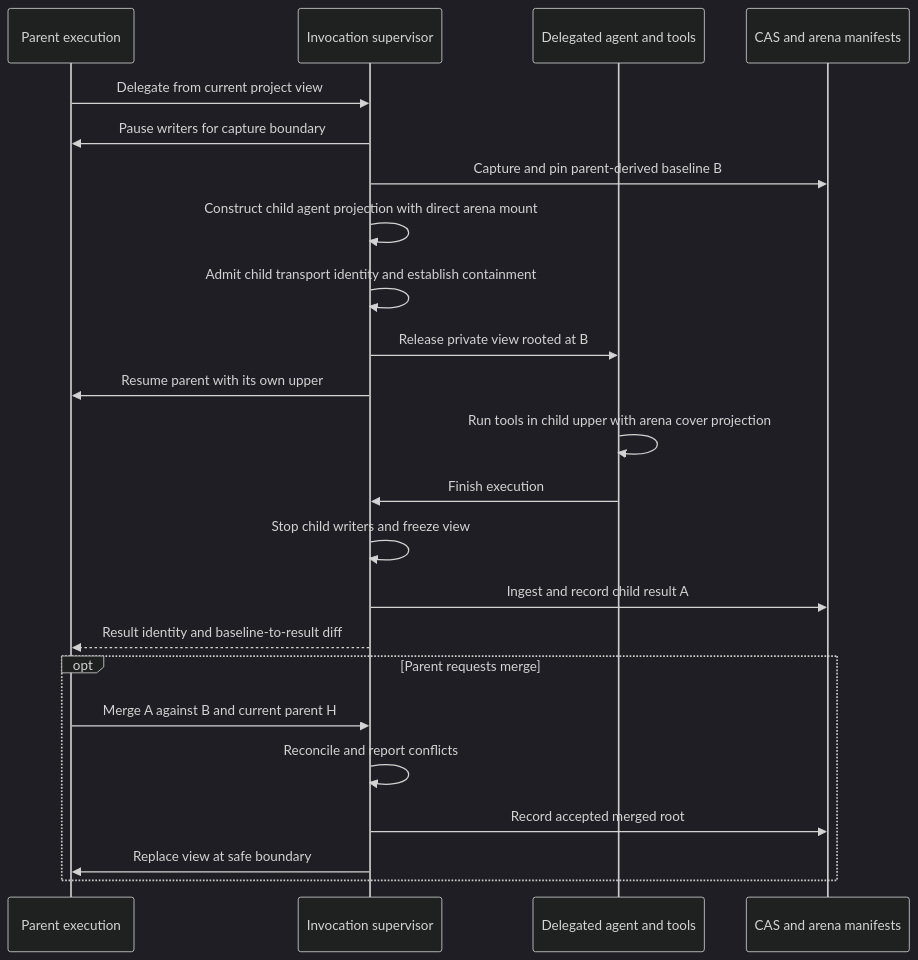
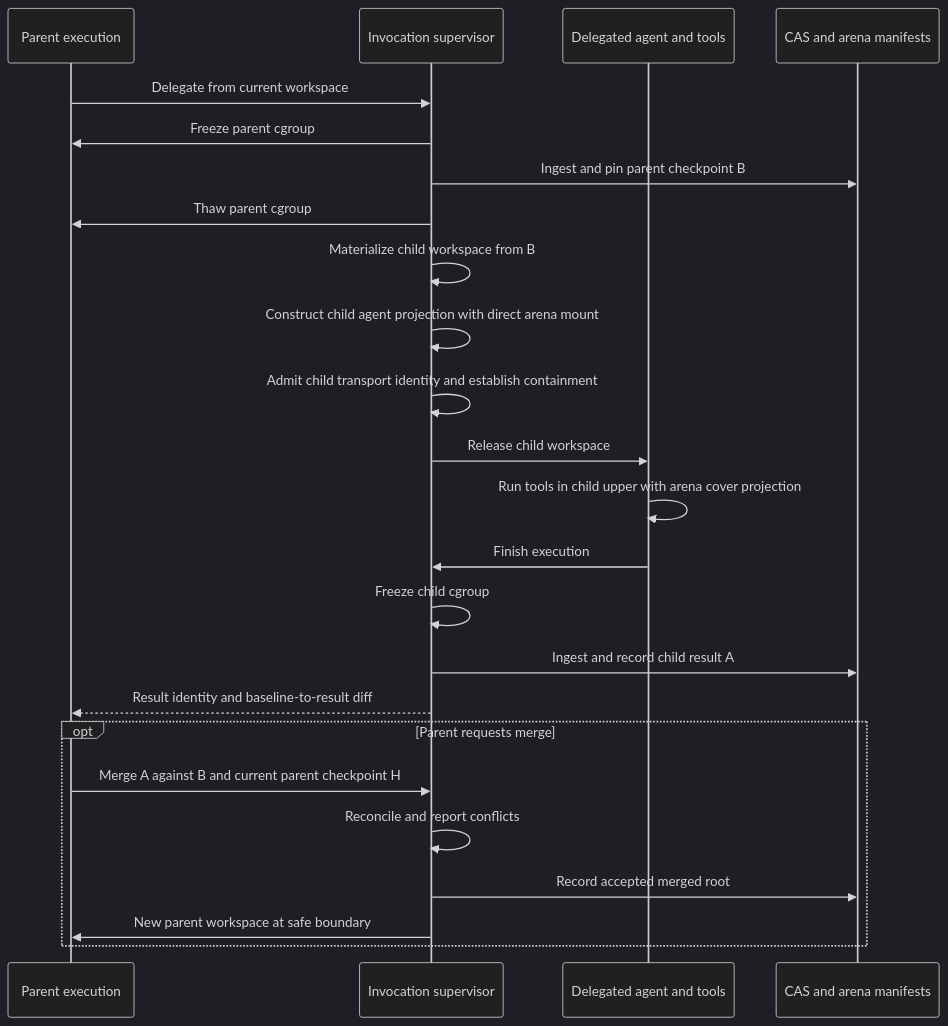
The seventh of 13 diagrams in doc/agent-filesystem-views-sdd.md (pantoniou/fyai), drawn with Mermaid (dark theme) before and after one commit. The commit also changed other lines of this file, not shown here.

First line of the commit message:
docs: restate the view lifecycle around managed roots

````diff
--- a/doc/agent-filesystem-views-sdd.md
+++ b/doc/agent-filesystem-views-sdd.md
@@ -639,25 +695,26 @@
 ```mermaid
 sequenceDiagram
     participant P as Parent execution
     participant S as Invocation supervisor
     participant C as Delegated agent and tools
     participant CAS as CAS and arena manifests
-    P->>S: Delegate from current project view
-    S->>P: Pause writers for capture boundary
-    S->>CAS: Capture and pin parent-derived baseline B
+    P->>S: Delegate from current workspace
+    S->>P: Freeze parent cgroup
+    S->>CAS: Ingest and pin parent checkpoint B
+    S->>P: Thaw parent cgroup
+    S->>S: Materialize child workspace from B
     S->>S: Construct child agent projection with direct arena mount
     S->>S: Admit child transport identity and establish containment
-    S->>C: Release private view rooted at B
-    S->>P: Resume parent with its own upper
+    S->>C: Release child workspace
     C->>C: Run tools in child upper with arena cover projection
     C->>S: Finish execution
-    S->>S: Stop child writers and freeze view
+    S->>S: Freeze child cgroup
     S->>CAS: Ingest and record child result A
     S-->>P: Result identity and baseline-to-result diff
     opt Parent requests merge
-        P->>S: Merge A against B and current parent H
+        P->>S: Merge A against B and current parent checkpoint H
         S->>S: Reconcile and report conflicts
         S->>CAS: Record accepted merged root
-        S->>P: Replace view at safe boundary
+        S->>P: New parent workspace at safe boundary
     end
 ```
````
